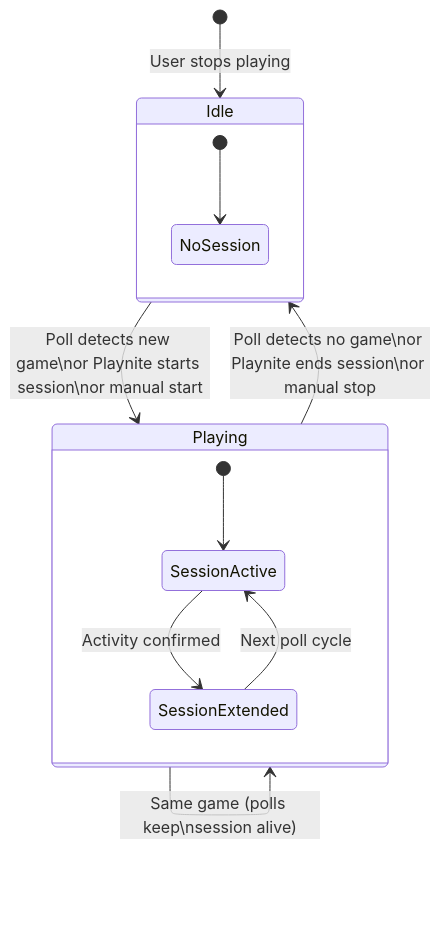
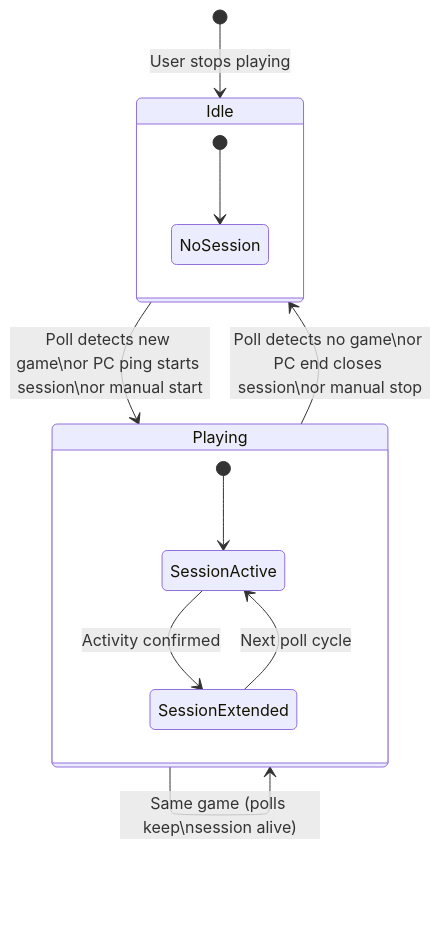
One commit to ivankaizer/playdex changed the second of 6 diagrams in docs/business-overview.md. Above: the diagram before and after it, drawn with Mermaid. The commit also changed other lines of this file and 33 other files, not shown here.

````diff
--- a/docs/business-overview.md
+++ b/docs/business-overview.md
@@ -51,18 +51,18 @@
 ```mermaid
 stateDiagram-v2
     [*] --> Idle: User stops playing
 
-    Idle --> Playing: Poll detects new game\nor Playnite starts session\nor manual start
+    Idle --> Playing: Poll detects new game\nor PC ping starts session\nor manual start
     Playing --> Playing: Same game (polls keep\nsession alive)
-    Playing --> Idle: Poll detects no game\nor Playnite ends session\nor manual stop
+    Playing --> Idle: Poll detects no game\nor PC end closes session\nor manual stop
 
     state Idle {
         [*] --> NoSession
     }
 
     state Playing {
         [*] --> SessionActive
         SessionActive --> SessionExtended: Activity confirmed
         SessionExtended --> SessionActive: Next poll cycle
     }
 ```
````
